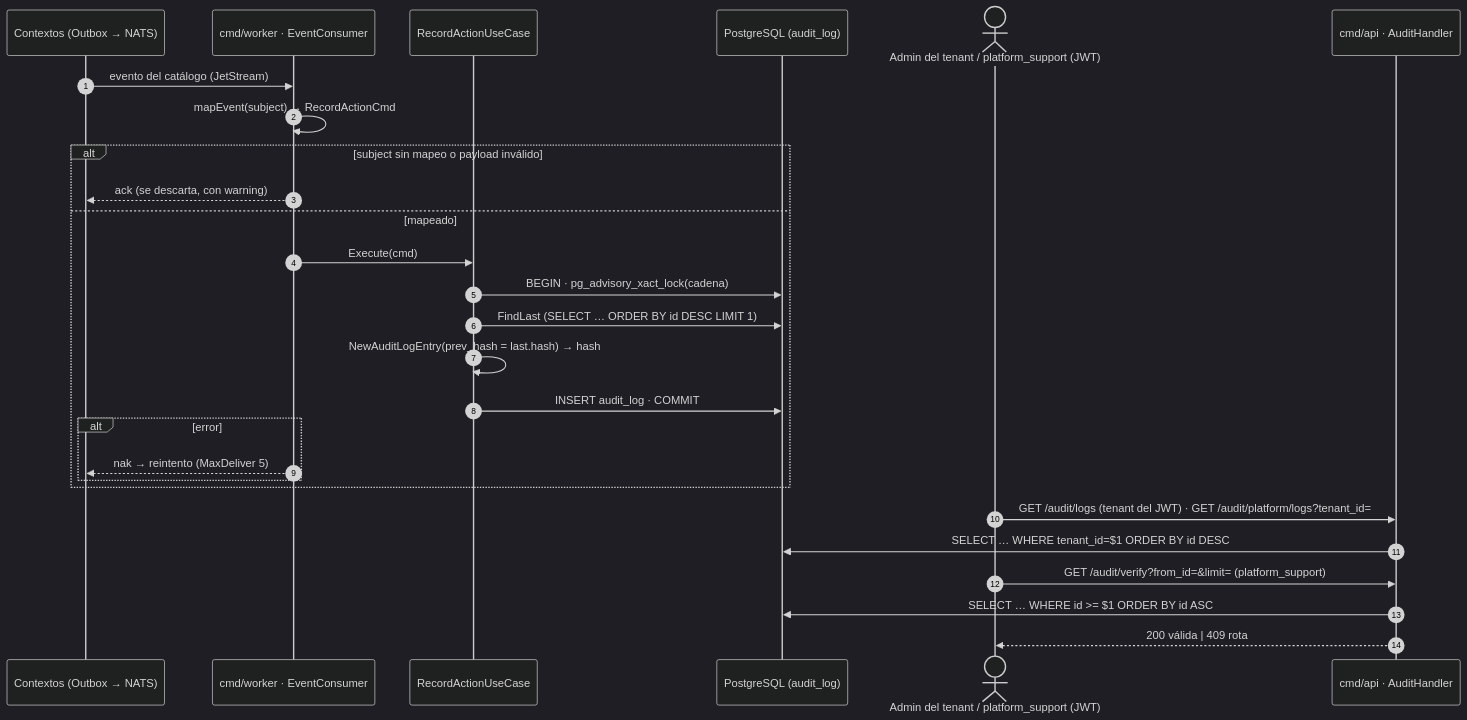
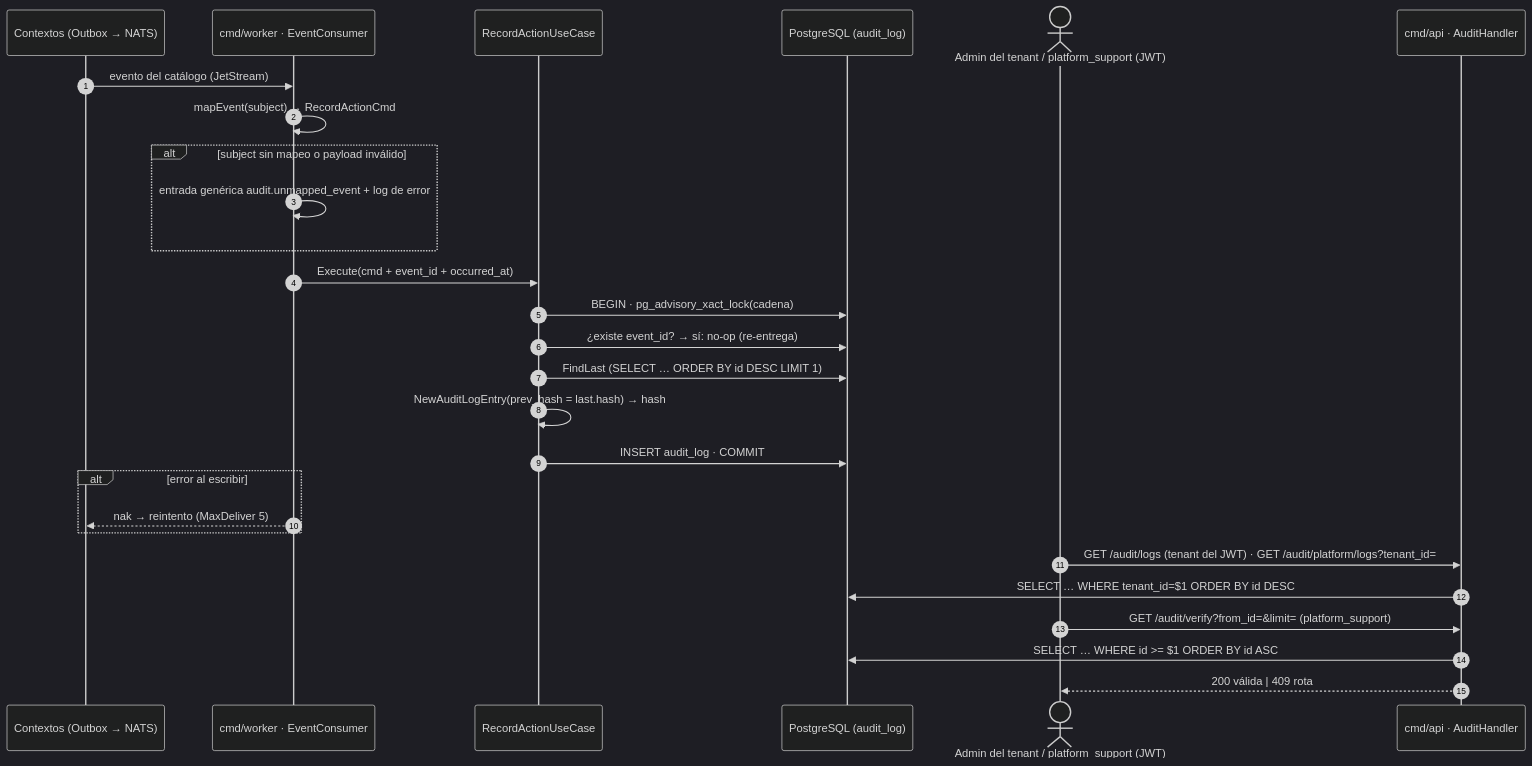
One commit to juantevez/cobros-platform changed the first of 2 diagrams in docs/technical/AUDIT.md. Above: the diagram before and after it, drawn with Mermaid (dark theme). The commit also changed other lines of this file and 20 other files, not shown here.

````diff
--- a/docs/technical/AUDIT.md
+++ b/docs/technical/AUDIT.md
@@ -58,31 +59,31 @@
 ```mermaid
 sequenceDiagram
     autonumber
     participant SRC as Contextos (Outbox → NATS)
     participant W as cmd/worker · EventConsumer
     participant UC as RecordActionUseCase
     participant DB as PostgreSQL (audit_log)
     actor U as Admin del tenant / platform_support (JWT)
     participant API as cmd/api · AuditHandler
 
     SRC->>W: evento del catálogo (JetStream)
     W->>W: mapEvent(subject) → RecordActionCmd
     alt subject sin mapeo o payload inválido
-        W-->>SRC: ack (se descarta, con warning)
-    else mapeado
-        W->>UC: Execute(cmd)
-        UC->>DB: BEGIN · pg_advisory_xact_lock(cadena)
-        UC->>DB: FindLast (SELECT … ORDER BY id DESC LIMIT 1)
-        UC->>UC: NewAuditLogEntry(prev_hash = last.hash) → hash
-        UC->>DB: INSERT audit_log · COMMIT
-        alt error
-            W-->>SRC: nak → reintento (MaxDeliver 5)
-        end
+        W->>W: entrada genérica audit.unmapped_event + log de error
+    end
+    W->>UC: Execute(cmd + event_id + occurred_at)
+    UC->>DB: BEGIN · pg_advisory_xact_lock(cadena)
+    UC->>DB: ¿existe event_id? → sí: no-op (re-entrega)
+    UC->>DB: FindLast (SELECT … ORDER BY id DESC LIMIT 1)
+    UC->>UC: NewAuditLogEntry(prev_hash = last.hash) → hash
+    UC->>DB: INSERT audit_log · COMMIT
+    alt error al escribir
+        W-->>SRC: nak → reintento (MaxDeliver 5)
     end
 
     U->>API: GET /audit/logs (tenant del JWT) · GET /audit/platform/logs?tenant_id=
     API->>DB: SELECT … WHERE tenant_id=$1 ORDER BY id DESC
     U->>API: GET /audit/verify?from_id=&limit= (platform_support)
     API->>DB: SELECT … WHERE id >= $1 ORDER BY id ASC
     API-->>U: 200 válida | 409 rota
 ```
````
